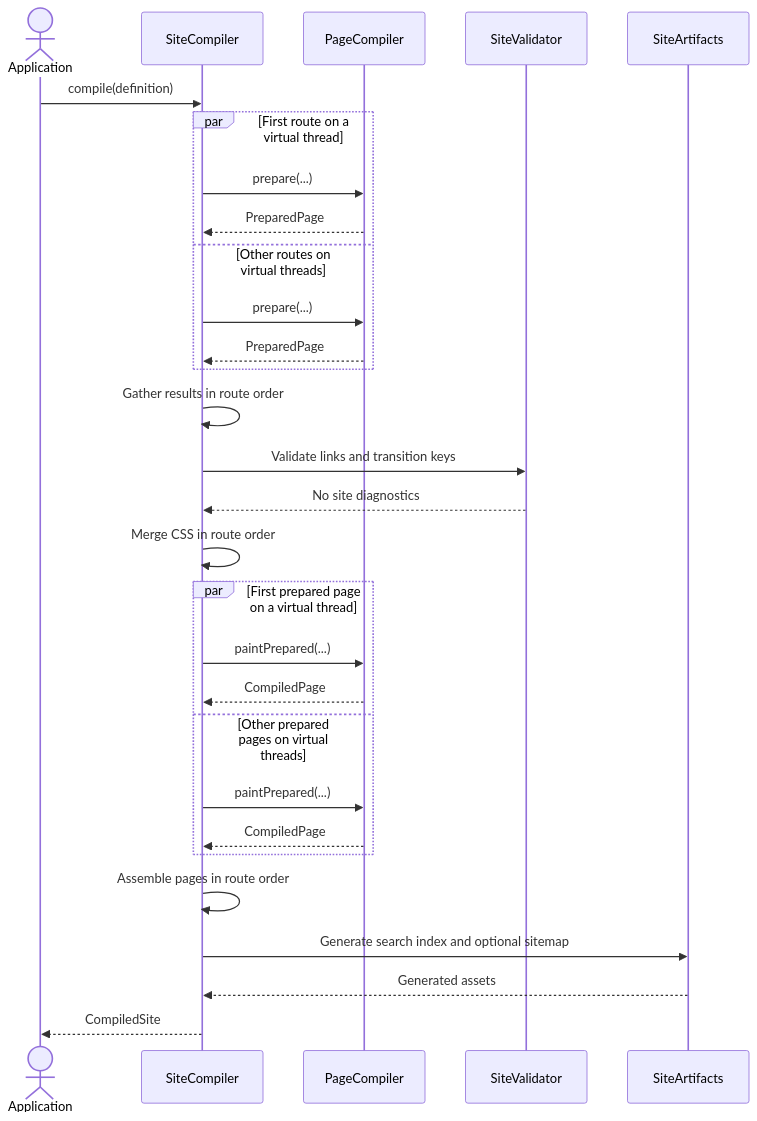
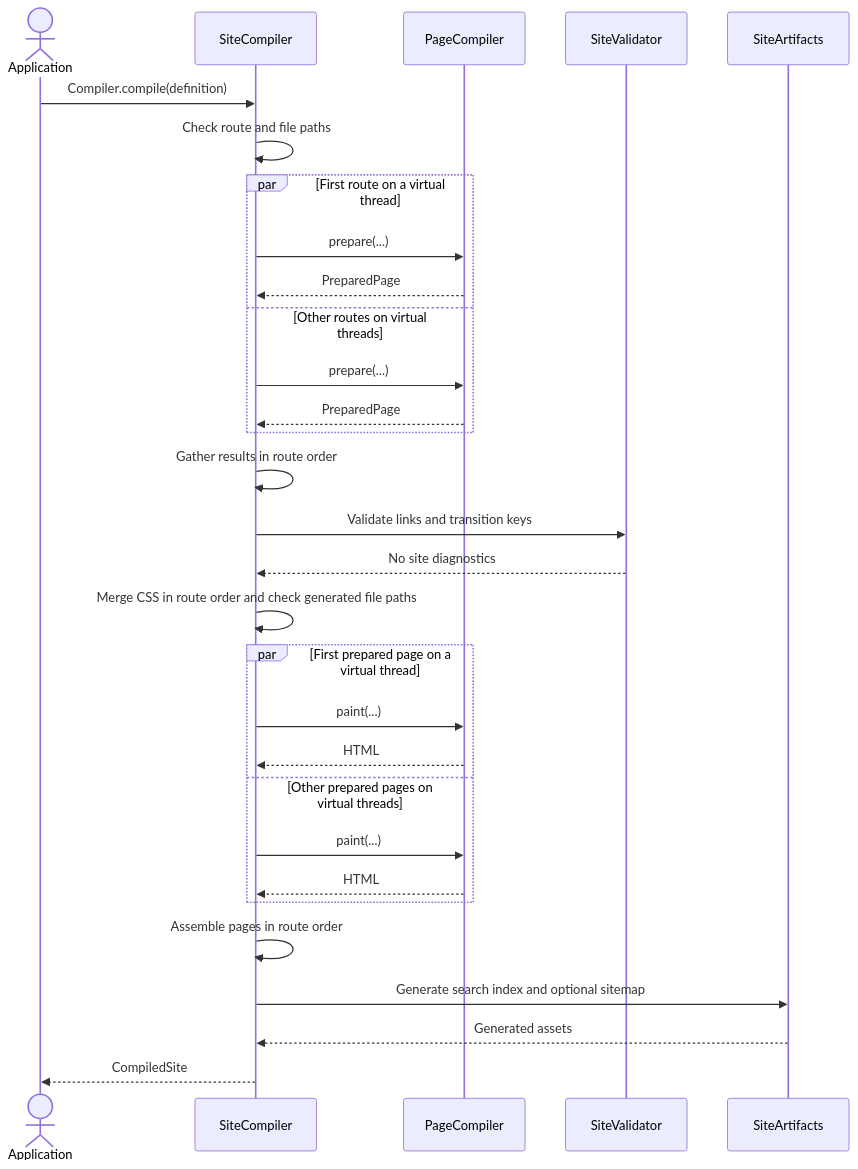
The sixth of 6 diagrams in docs/architecture.md (thiagogcm/tessera), drawn with Mermaid before and after one commit. The commit also changed other lines of this file and 124 other files, not shown here.

First line of the commit message:
refactor!: merge render and site into one compiler package

````diff
--- a/docs/architecture.md
+++ b/docs/architecture.md
@@ -240,32 +243,33 @@
 ```mermaid
 sequenceDiagram
     actor App as Application
     participant Site as SiteCompiler
     participant Pages as PageCompiler
     participant Checks as SiteValidator
     participant Assets as SiteArtifacts
 
-    App->>Site: compile(definition)
+    App->>Site: Compiler.compile(definition)
+    Site->>Site: Check route and file paths
     par First route on a virtual thread
         Site->>Pages: prepare(...)
         Pages-->>Site: PreparedPage
     and Other routes on virtual threads
         Site->>Pages: prepare(...)
         Pages-->>Site: PreparedPage
     end
     Site->>Site: Gather results in route order
     Site->>Checks: Validate links and transition keys
     Checks-->>Site: No site diagnostics
-    Site->>Site: Merge CSS in route order
+    Site->>Site: Merge CSS in route order and check generated file paths
     par First prepared page on a virtual thread
-        Site->>Pages: paintPrepared(...)
-        Pages-->>Site: CompiledPage
+        Site->>Pages: paint(...)
+        Pages-->>Site: HTML
     and Other prepared pages on virtual threads
-        Site->>Pages: paintPrepared(...)
-        Pages-->>Site: CompiledPage
+        Site->>Pages: paint(...)
+        Pages-->>Site: HTML
     end
     Site->>Site: Assemble pages in route order
     Site->>Assets: Generate search index and optional sitemap
     Assets-->>Site: Generated assets
     Site-->>App: CompiledSite
 ```
````
